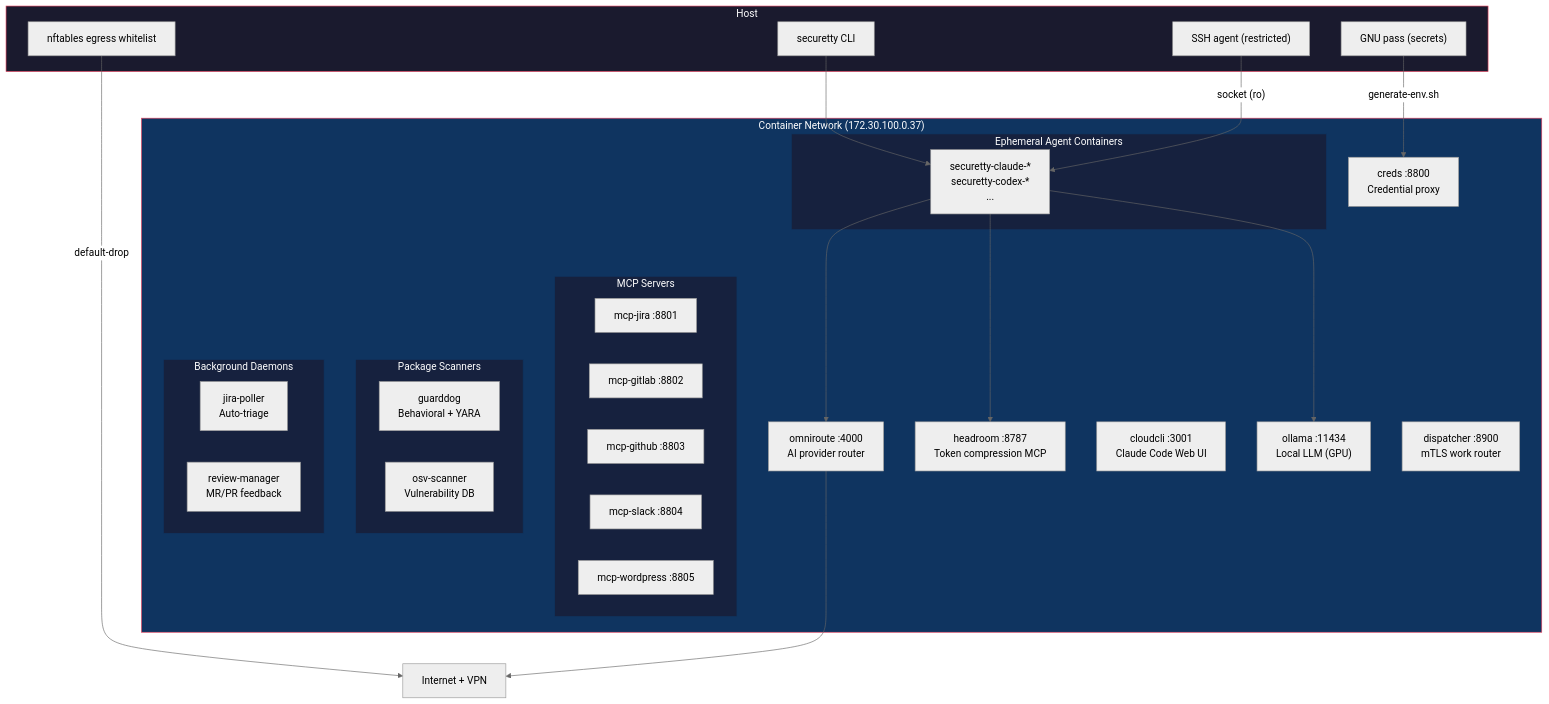
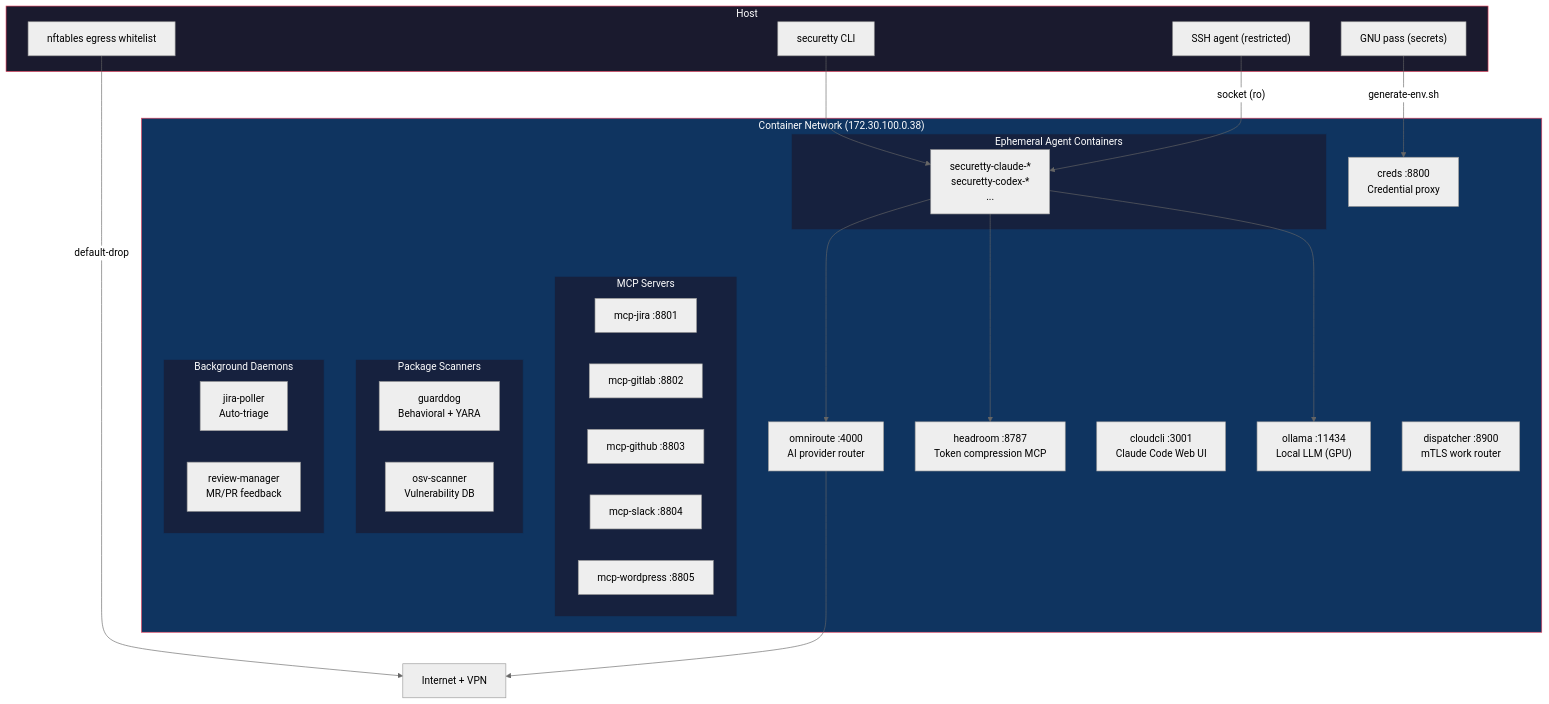
The first of 2 diagrams in README.md (dmzoneill/securetty), drawn with Mermaid (neutral theme) before and after one commit. The commit also changed 1 other file, not shown here.

Commit message:
chore: bump version to v0.0.38

````diff
--- a/README.md
+++ b/README.md
@@ -11,58 +11,58 @@
 ```mermaid
 graph TD
     Internet["Internet + VPN"]
 
     subgraph host["Host"]
         CLI["securetty CLI"]
         SSHAgent["SSH agent (restricted)"]
         Pass["GNU pass (secrets)"]
         Egress["nftables egress whitelist"]
     end
 
-    subgraph network["Container Network (172.30.100.0.37)"]
+    subgraph network["Container Network (172.30.100.0.38)"]
         OmniRoute["omniroute :4000\nAI provider router"]
         Headroom["headroom :8787\nToken compression MCP"]
         CloudCLI["cloudcli :3001\nClaude Code Web UI"]
         Ollama["ollama :11434\nLocal LLM (GPU)"]
         Creds["creds :8800\nCredential proxy"]
         Dispatcher["dispatcher :8900\nmTLS work router"]
 
         subgraph mcp["MCP Servers"]
             Jira["mcp-jira :8801"]
             GitLab["mcp-gitlab :8802"]
             GitHub["mcp-github :8803"]
             Slack["mcp-slack :8804"]
             WordPress["mcp-wordpress :8805"]
         end
 
         subgraph scanners["Package Scanners"]
             GuardDog["guarddog\nBehavioral + YARA"]
             OSV["osv-scanner\nVulnerability DB"]
         end
 
         subgraph agents["Ephemeral Agent Containers"]
             Dev["securetty-claude-*\nsecuretty-codex-*\n..."]
         end
 
         subgraph daemons["Background Daemons"]
             JiraPoller["jira-poller\nAuto-triage"]
             ReviewMgr["review-manager\nMR/PR feedback"]
         end
     end
 
     CLI --> Dev
     Pass -->|"generate-env.sh"| Creds
     SSHAgent -->|"socket (ro)"| Dev
     Egress -->|"default-drop"| Internet
     Dev --> OmniRoute
     Dev --> Headroom
     Dev --> Ollama
     OmniRoute --> Internet
 
     style network fill:#0f3460,stroke:#e94560,color:#fff
     style host fill:#1a1a2e,stroke:#e94560,color:#fff
     style mcp fill:#16213e,stroke:#0f3460,color:#fff
     style scanners fill:#16213e,stroke:#0f3460,color:#fff
     style agents fill:#16213e,stroke:#0f3460,color:#fff
     style daemons fill:#16213e,stroke:#0f3460,color:#fff
 ```
````
